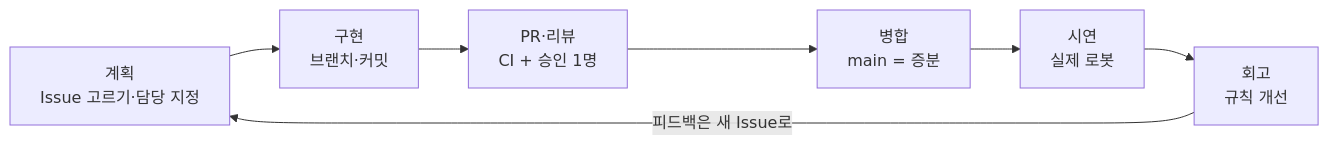
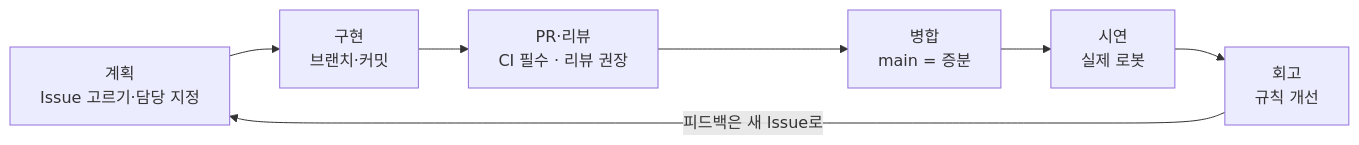
One commit to Gansoolgo/Thursday changed the second of 2 diagrams in docs/workflow.md. Above: the diagram before and after it, drawn with Mermaid. The commit also changed other lines of this file and 1 other file, not shown here.

````diff
--- a/docs/workflow.md
+++ b/docs/workflow.md
@@ -77,9 +77,9 @@
 ```mermaid
 flowchart LR
     A[계획<br/>Issue 고르기·담당 지정] --> B[구현<br/>브랜치·커밋]
-    B --> C[PR·리뷰<br/>CI + 승인 1명]
+    B --> C[PR·리뷰<br/>CI 필수 · 리뷰 권장]
     C --> D[병합<br/>main = 증분]
     D --> E[시연<br/>실제 로봇]
     E --> F[회고<br/>규칙 개선]
     F -->|피드백은 새 Issue로| A
 ```
````
